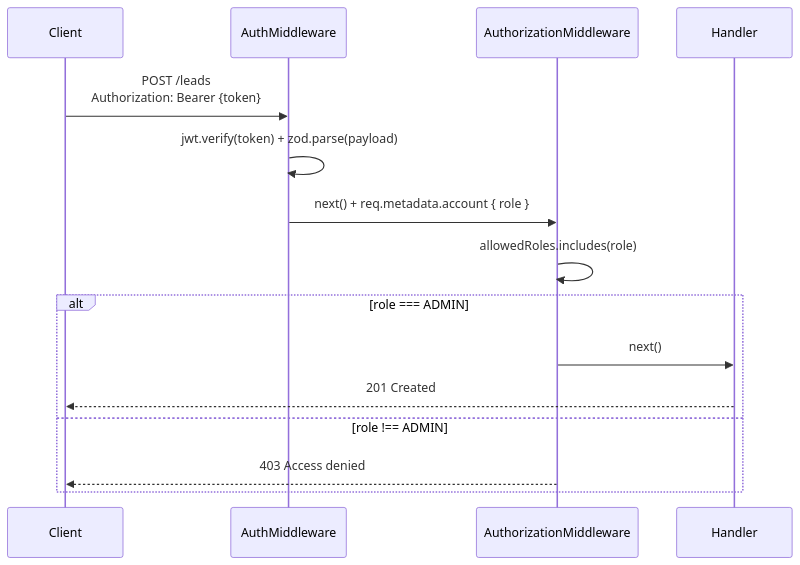
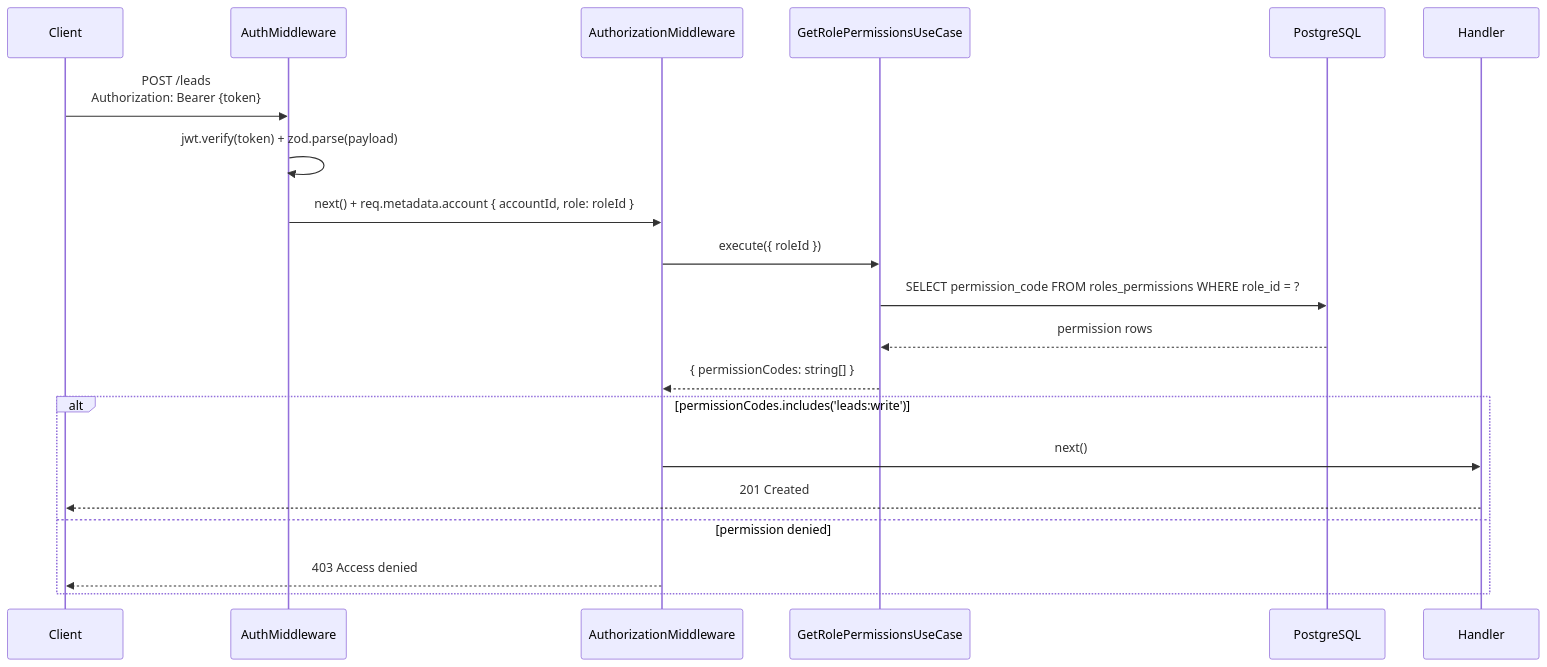
One commit to andersonkaiti/node-auth-api changed the third of 4 diagrams in README.md. Above: the diagram before and after it, drawn with Mermaid. The commit also changed other lines of this file, not shown here.

Commit message:
:memo: docs(readme): update README to reflect permission-based RBAC

````diff
--- a/README.md
+++ b/README.md
@@ -88,18 +88,23 @@
 ```mermaid
 sequenceDiagram
   participant C as Client
   participant AMW as AuthMiddleware
   participant AZW as AuthorizationMiddleware
+  participant UC as GetRolePermissionsUseCase
+  participant DB as PostgreSQL
   participant H as Handler
 
   C->>AMW: POST /leads<br/>Authorization: Bearer {token}
   AMW->>AMW: jwt.verify(token) + zod.parse(payload)
-  AMW->>AZW: next() + req.metadata.account { role }
-  AZW->>AZW: allowedRoles.includes(role)
-  alt role === ADMIN
+  AMW->>AZW: next() + req.metadata.account { accountId, role: roleId }
+  AZW->>UC: execute({ roleId })
+  UC->>DB: SELECT permission_code FROM roles_permissions WHERE role_id = ?
+  DB-->>UC: permission rows
+  UC-->>AZW: { permissionCodes: string[] }
+  alt permissionCodes.includes('leads:write')
     AZW->>H: next()
     H-->>C: 201 Created
-  else role !== ADMIN
+  else permission denied
     AZW-->>C: 403 Access denied
   end
 ```
````
